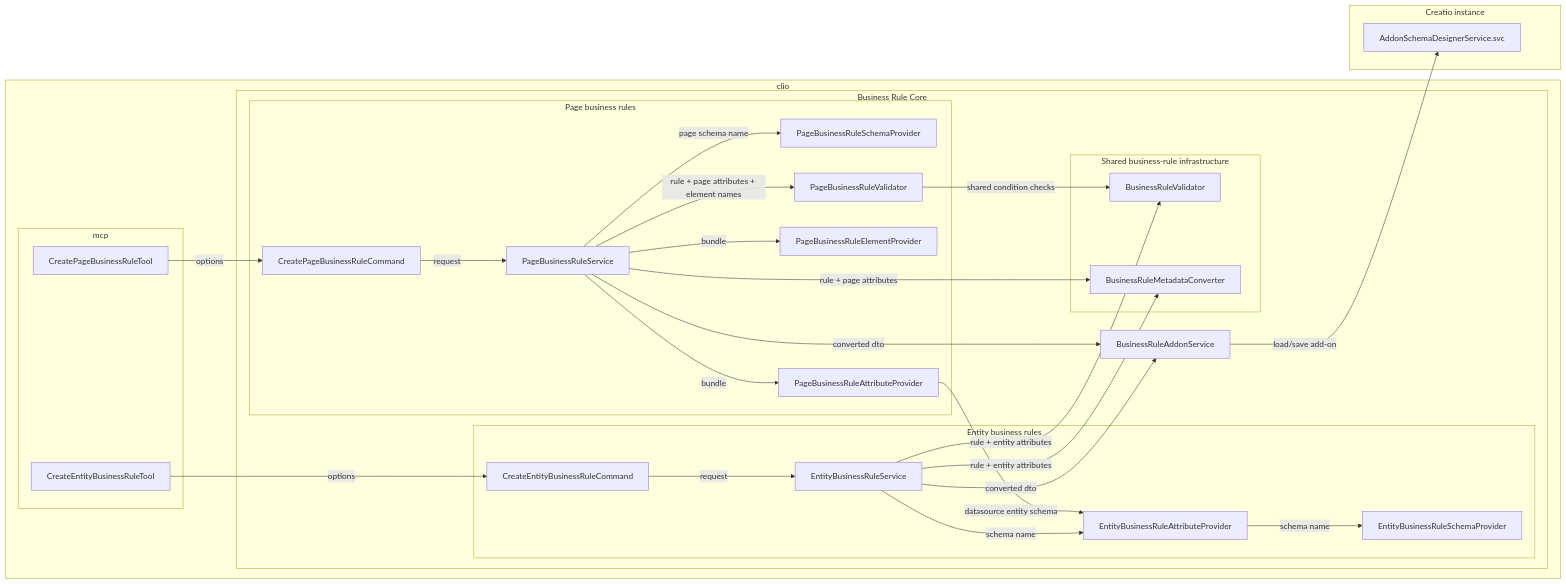
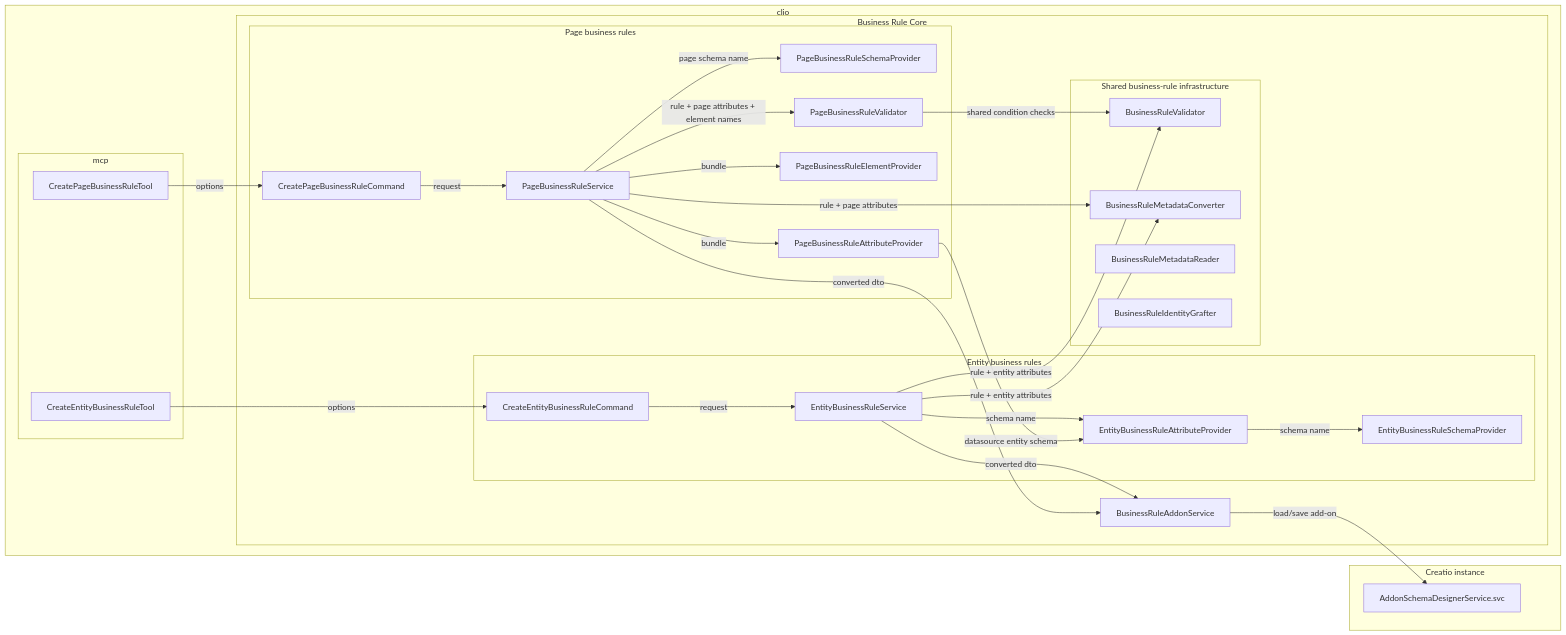
The diagram in spec/business-rules/business-rules-architecture.md (Advance-Technologies-Foundation/clio), drawn with Mermaid before and after one commit. The commit also changed other lines of this file and 32 other files, not shown here.

````diff
--- a/spec/business-rules/business-rules-architecture.md
+++ b/spec/business-rules/business-rules-architecture.md
@@ -9,59 +9,61 @@
 ```mermaid
 flowchart LR
     subgraph Clio["clio"]
         subgraph MCP["mcp"]
             EntityTool["CreateEntityBusinessRuleTool"]
             PageTool["CreatePageBusinessRuleTool"]
         end
 
         subgraph Core["Business Rule Core"]
             subgraph EntityCore["Entity business rules"]
                 EntityCommand["CreateEntityBusinessRuleCommand"]
                 EntityService["EntityBusinessRuleService"]
                 EntitySchemaProvider["EntityBusinessRuleSchemaProvider"]
                 EntityAttributeProvider["EntityBusinessRuleAttributeProvider"]
             end
 
             subgraph PageCore["Page business rules"]
                 PageCommand["CreatePageBusinessRuleCommand"]
                 PageService["PageBusinessRuleService"]
                 PageSchemaProvider["PageBusinessRuleSchemaProvider"]
                 PageAttributeProvider["PageBusinessRuleAttributeProvider"]
                 PageElementProvider["PageBusinessRuleElementProvider"]
                 PageValidator["PageBusinessRuleValidator"]
             end
 
             subgraph SharedCore["Shared business-rule infrastructure"]
                 Validator["BusinessRuleValidator"]
                 Converter["BusinessRuleMetadataConverter"]
+                Reader["BusinessRuleMetadataReader"]
+                Grafter["BusinessRuleIdentityGrafter"]
             end
 
             AddonService["BusinessRuleAddonService"]
         end
     end
 
     subgraph Creatio["Creatio instance"]
         Addon["AddonSchemaDesignerService.svc"]
     end
 
     EntityTool -->|"options"| EntityCommand
     EntityCommand -->|"request"| EntityService
     EntityService -->|"schema name"| EntityAttributeProvider
     EntityAttributeProvider -->|"schema name"| EntitySchemaProvider
     EntityService -->|"rule + entity attributes"| Validator
     EntityService -->|"rule + entity attributes"| Converter
     EntityService -->|"converted dto"| AddonService
 
     PageTool -->|"options"| PageCommand
     PageCommand -->|"request"| PageService
     PageService -->|"page schema name"| PageSchemaProvider
     PageService -->|"bundle"| PageAttributeProvider
     PageAttributeProvider -->|"datasource entity schema"| EntityAttributeProvider
     PageService -->|"bundle"| PageElementProvider
     PageService -->|"rule + page attributes + element names"| PageValidator
     PageValidator -->|"shared condition checks"| Validator
     PageService -->|"rule + page attributes"| Converter
     PageService -->|"converted dto"| AddonService
 
     AddonService -->|"load/save add-on"| Addon
 ```
````
